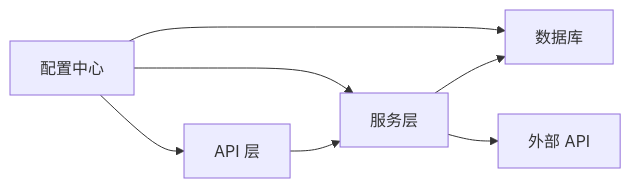
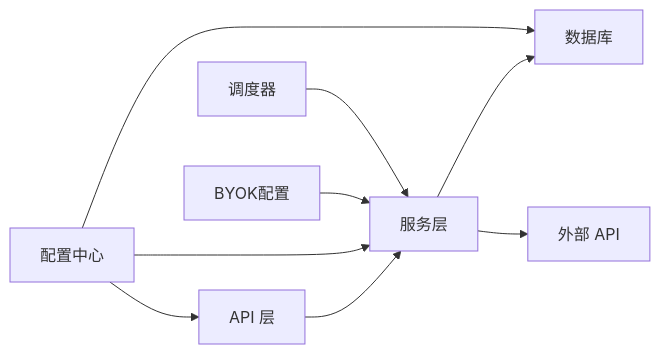
One commit to breeze-lyf/ai-stock-advisor changed the eighth of 8 diagrams in .qoder/repowiki/zh/content/测试策略/测试策略.md. Above: the diagram before and after it, drawn with Mermaid. The commit also changed other lines of this file and 43 other files, not shown here.

````diff
--- a/.qoder/repowiki/zh/content/测试策略/测试策略.md
+++ b/.qoder/repowiki/zh/content/测试策略/测试策略.md
@@ -288,9 +377,11 @@
 ```mermaid
 graph LR
 API["API 层"] --> SVC["服务层"]
 SVC --> DB["数据库"]
 SVC --> EXT["外部 API"]
 CFG["配置中心"] --> API
 CFG --> SVC
 CFG --> DB
+BYOK["BYOK配置"] --> SVC
+DISPATCH["调度器"] --> SVC
 ```
````
